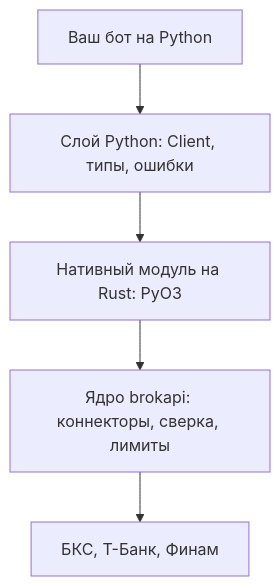
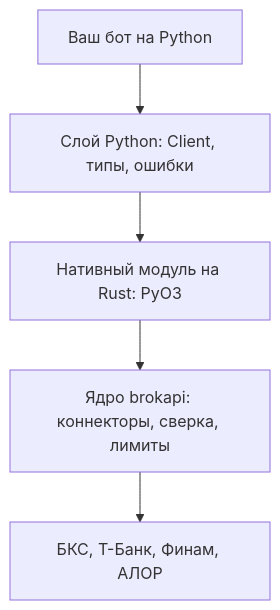
One commit to runinfra/brokapi changed the diagram in docs/src/python/design.md. Above: the diagram before and after it, drawn with Mermaid. The commit also changed 46 other files, not shown here.

````diff
--- a/docs/src/python/design.md
+++ b/docs/src/python/design.md
@@ -12,7 +12,7 @@
 ```mermaid
 flowchart TB
   BOT[Ваш бот на Python] --> PY[Слой Python: Client, типы, ошибки]
   PY --> NAT[Нативный модуль на Rust: PyO3]
   NAT --> CORE[Ядро brokapi: коннекторы, сверка, лимиты]
-  CORE --> BR[БКС, Т-Банк, Финам]
+  CORE --> BR[БКС, Т-Банк, Финам, АЛОР]
 ```
````
